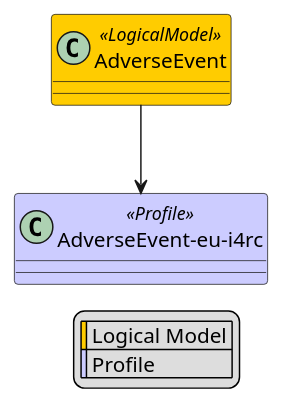
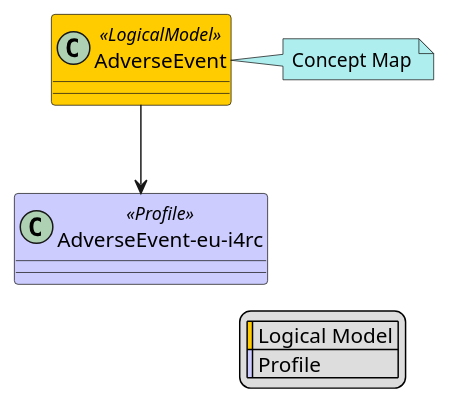
One commit to hl7-eu/idea4rc changed the diagram in input/images-source/AdverseEvent-map.plantuml. Above: the diagram before and after it, drawn with PlantUML. The commit also changed 32 other files, not shown here.

```diff
--- a/input/images-source/AdverseEvent-map.plantuml
+++ b/input/images-source/AdverseEvent-map.plantuml
@@ -1,14 +1,17 @@
 @startuml
 skinparam class {
     BackgroundColor<<LogicalModel>> #FFCC00
     BackgroundColor<<Profile>> #CCCCFF
 }
 skinparam linetype ortho
 legend right
   | <#FFCC00> | Logical Model |
   | <#CCCCFF> | Profile |
 endlegend
 class "AdverseEvent" <<LogicalModel>> [[StructureDefinition-AdverseEvent.html]]
+note right #PaleTurquoise [[ConceptMap-adverseEvent2FHIR.html]]
+Concept Map
+endnote
 class "AdverseEvent-eu-i4rc" <<Profile>> [[StructureDefinition-AdverseEvent-eu-i4rc.html]]
 "AdverseEvent" --> "AdverseEvent-eu-i4rc"
 @enduml
```
